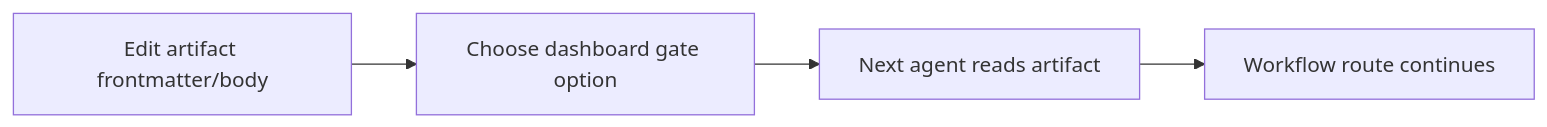
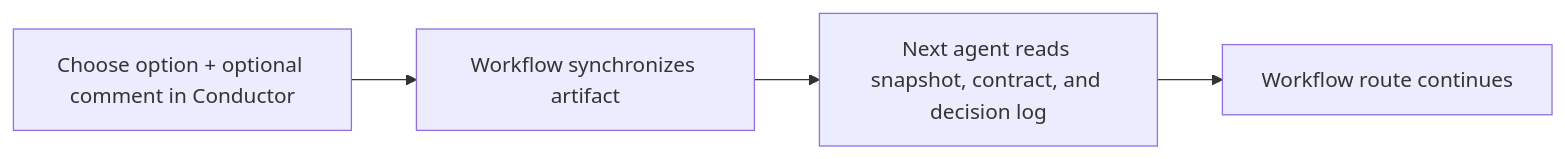
Before and after one commit to cdespona/gentle-ai-fork: the fourth of 15 diagrams in workflows/conductor/README.md, drawn with Mermaid. The commit also changed other lines of this file and 29 other files, not shown here.

````diff
--- a/workflows/conductor/README.md
+++ b/workflows/conductor/README.md
@@ -208,6 +225,6 @@
 ```mermaid
 flowchart LR
-    Edit["Edit artifact frontmatter/body"] --> Gate["Choose dashboard gate option"]
-    Gate --> Agent["Next agent reads artifact"]
+    Gate["Choose option + optional comment in Conductor"] --> Sync["Workflow synchronizes artifact"]
+    Sync --> Agent["Next agent reads snapshot, contract, and decision log"]
     Agent --> Route["Workflow route continues"]
 ```
````
